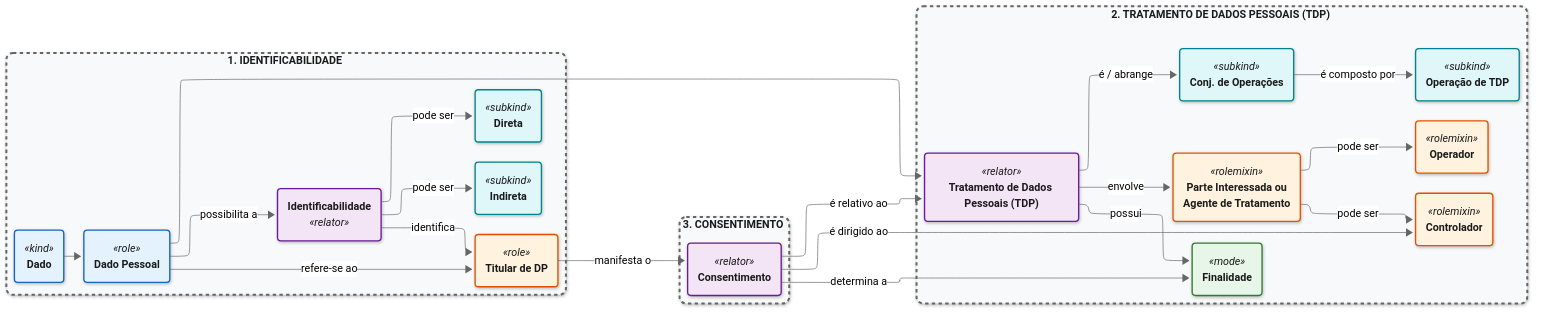
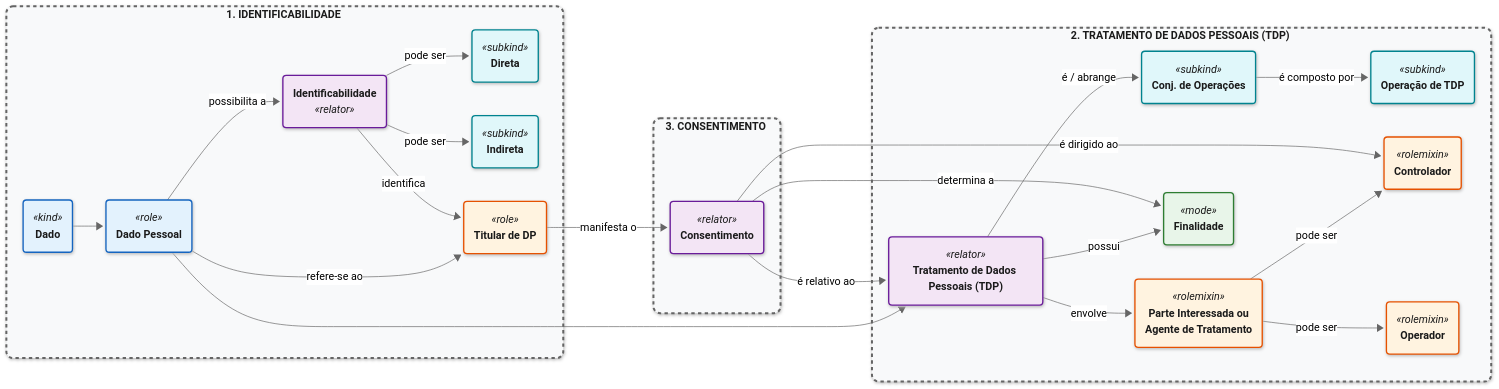
One commit to TNK443/Dissertacao changed the second of 3 diagrams in ONTOPRIVACY/README.md. Above: the diagram before and after it, drawn with Mermaid. The commit also changed other lines of this file, not shown here.

```diff
--- a/ONTOPRIVACY/README.md
+++ b/ONTOPRIVACY/README.md
@@ -105,7 +103,6 @@
 config:
     theme: neutral
     look: neo
-    layout: elk
 ---
 flowchart LR
     %% --------------------------------------------------------
@@ -141,12 +138,11 @@
         T("<i>«role»</i>\n<b>Titular de DP</b>"):::ator
         
         %% Conexões Internas do G1
-        D --> DP
+        D  --> DP
         DP -->|refere-se ao| T
         DP -->|possibilita a| I
-        I -->|identifica| T
-        I -->|pode ser| IDIR
-        I -->|pode ser| IIND
+        I  -->|identifica| T
+        I  -->|pode ser| IDIR & IIND
     end
 
     %% --------------------------------------------------------
@@ -162,12 +158,9 @@
         F("<i>«mode»</i>\n<b>Finalidade</b>"):::mode
         
         %% Conexões Internas do G2
-        TDP -->|é / abrange| CO --> |é composto por| O
+        TDP -->|é / abrange| CO -->|é composto por| O
         TDP -->|possui| F
-        TDP --> |envolve| P
-        P -----> |pode  ser| OPR & CTRL
-        P ~~~ CTRL
-
+        TDP -->|envolve| P -->|pode  ser| OPR & CTRL 
     end
 
     %% --------------------------------------------------------
@@ -183,11 +176,12 @@
     %% --------------------------------------------------------    
     %% Ligação Dado Pessoal -> TDP
     DP --> TDP
+    G3 ~~~ G2
 
     %% Ligações do Consentimento
     C -->|é dirigido ao| CTRL
     C -->|é relativo ao| TDP
-    C -->|determina a| F ~~~ C
+    C -->|determina a| F
 
     %% --------------------------------------------------------
     %% ESTILIZAÇÃO DAS CAIXAS (CLEAN DESIGN)
```
